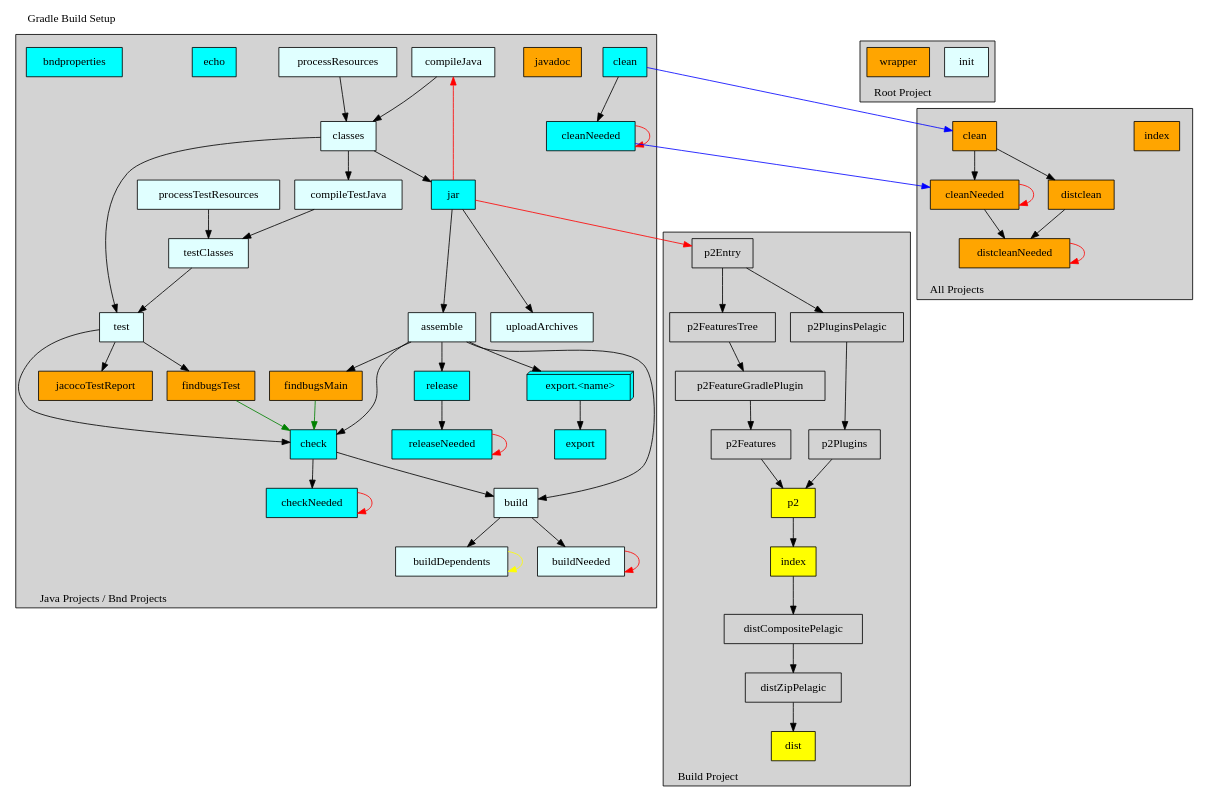
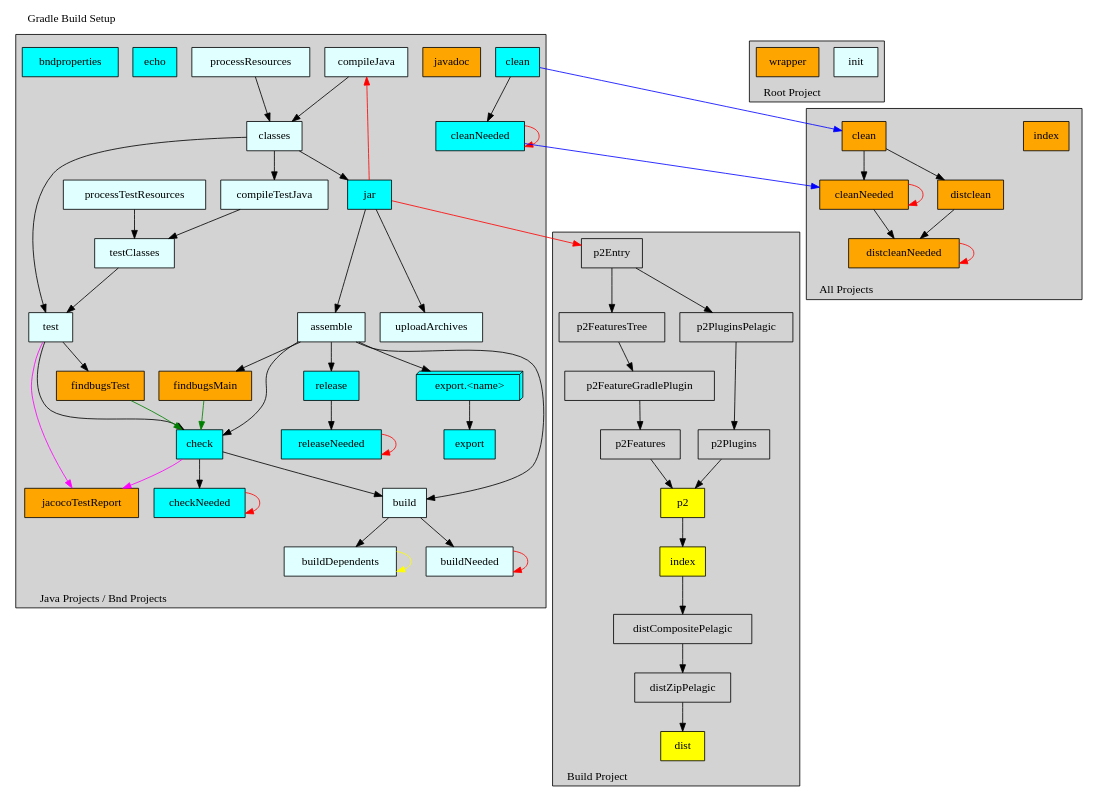
The diagram in cnf/gradle/doc/pelagic.dot (paulvi/bndtoolsPlugins), drawn with Graphviz before and after one commit. The commit also changed 11 other files, not shown here.

Commit message:
gradle: automatically run jacocoTestReport after test or check

```diff
--- a/cnf/gradle/doc/pelagic.dot
+++ b/cnf/gradle/doc/pelagic.dot
@@ -140,7 +140,8 @@
     test                   -> findbugsTest
     findbugsMain           -> check              [color=green ]
     findbugsTest           -> check              [color=green ]
-    test                   -> jacocoTestReport
+    test                   -> jacocoTestReport   [color=magenta]
+    check                  -> jacocoTestReport   [color=magenta]
   }
 
 
```
